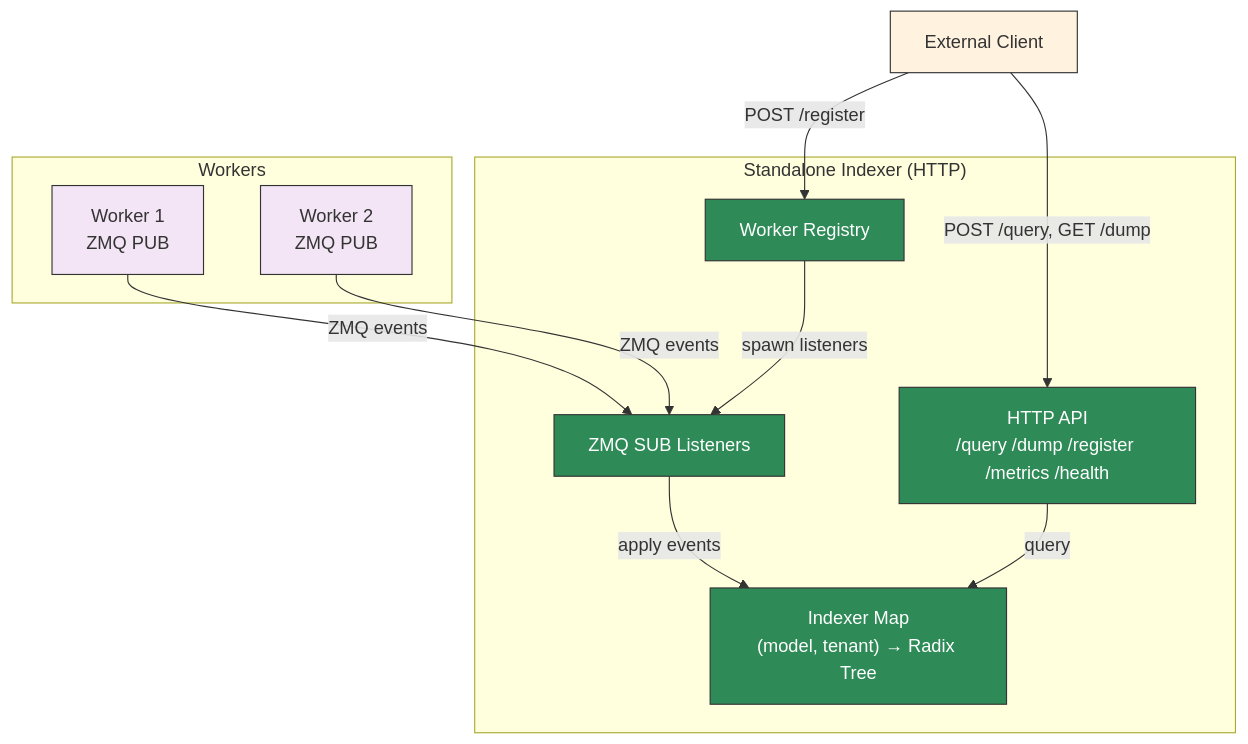
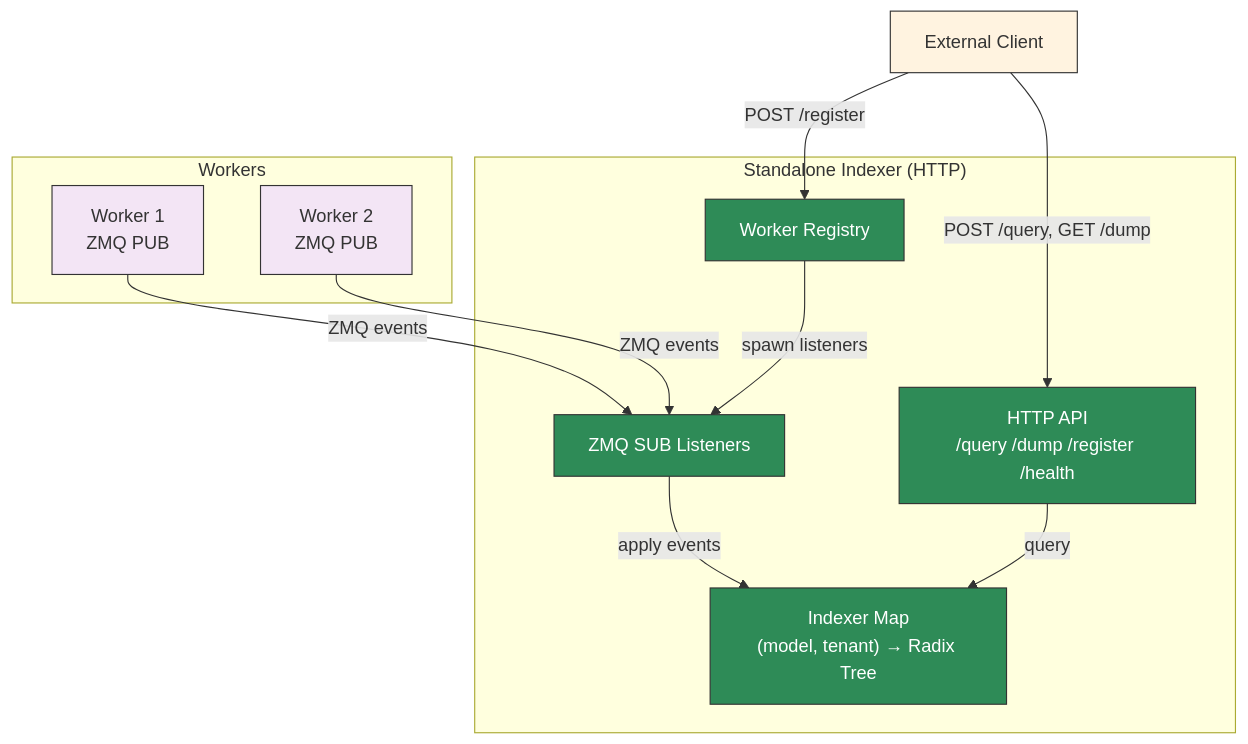
The first of 3 diagrams in fern/pages-dev/components/router/standalone-indexer.md (ai-dynamo/dynamo), drawn with Mermaid before and after one commit. The commit also changed other lines of this file, not shown here.

````diff
--- a/fern/pages-dev/components/router/standalone-indexer.md
+++ b/fern/pages-dev/components/router/standalone-indexer.md
@@ -402,32 +431,32 @@
 ```mermaid
 graph TD
     subgraph Workers
         W1[Worker 1<br/>ZMQ PUB]
         W2[Worker 2<br/>ZMQ PUB]
     end
 
     subgraph "Standalone Indexer (HTTP)"
         REG[Worker Registry]
         ZMQ[ZMQ SUB Listeners]
         IDX["Indexer Map<br/>(model, tenant) → Radix Tree"]
-        HTTP[HTTP API<br/>/query /dump /register /metrics /health]
+        HTTP[HTTP API<br/>/query /dump /register /health]
     end
 
     CLIENT[External Client]
 
     W1 -->|ZMQ events| ZMQ
     W2 -->|ZMQ events| ZMQ
     CLIENT -->|POST /register| REG
     REG -->|spawn listeners| ZMQ
     ZMQ -->|apply events| IDX
     CLIENT -->|POST /query, GET /dump| HTTP
     HTTP -->|query| IDX
 
     style W1 fill:#f3e5f5,stroke:#333,color:#333
     style W2 fill:#f3e5f5,stroke:#333,color:#333
     style IDX fill:#2e8b57,stroke:#333,color:#fff
     style ZMQ fill:#2e8b57,stroke:#333,color:#fff
     style REG fill:#2e8b57,stroke:#333,color:#fff
     style HTTP fill:#2e8b57,stroke:#333,color:#fff
     style CLIENT fill:#fff3e0,stroke:#333,color:#333
 ```
````
